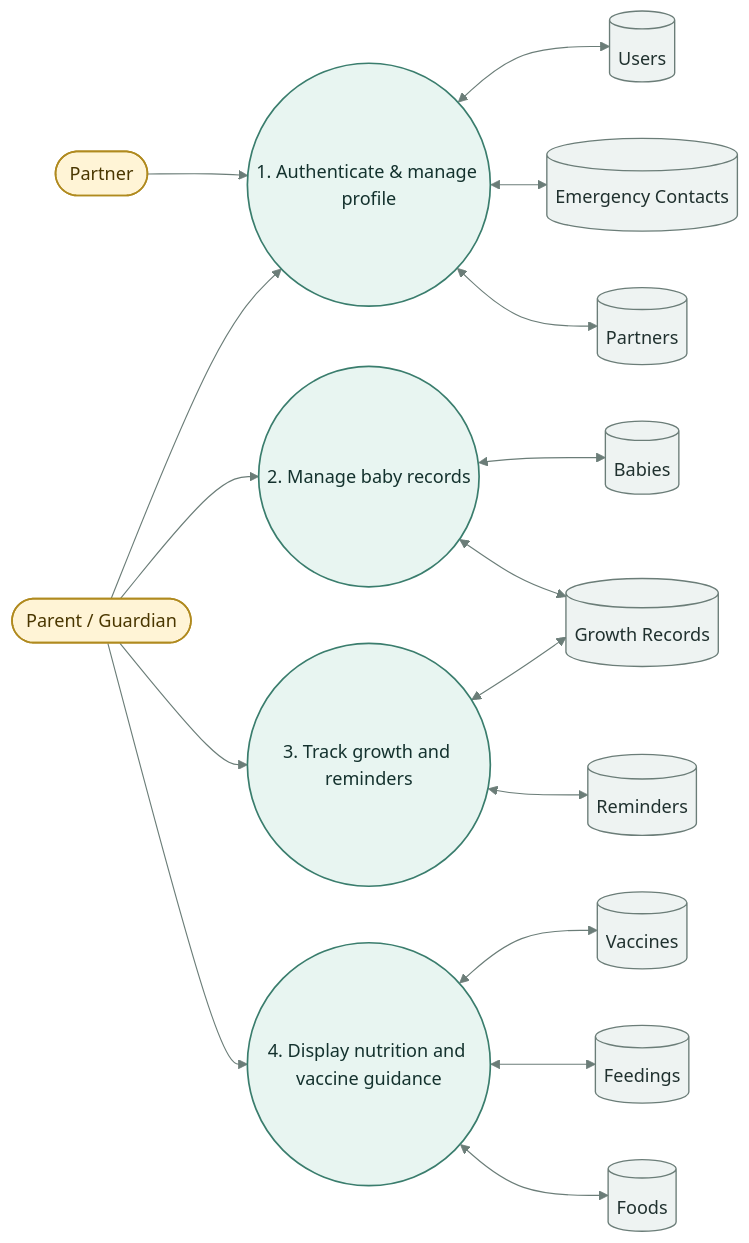
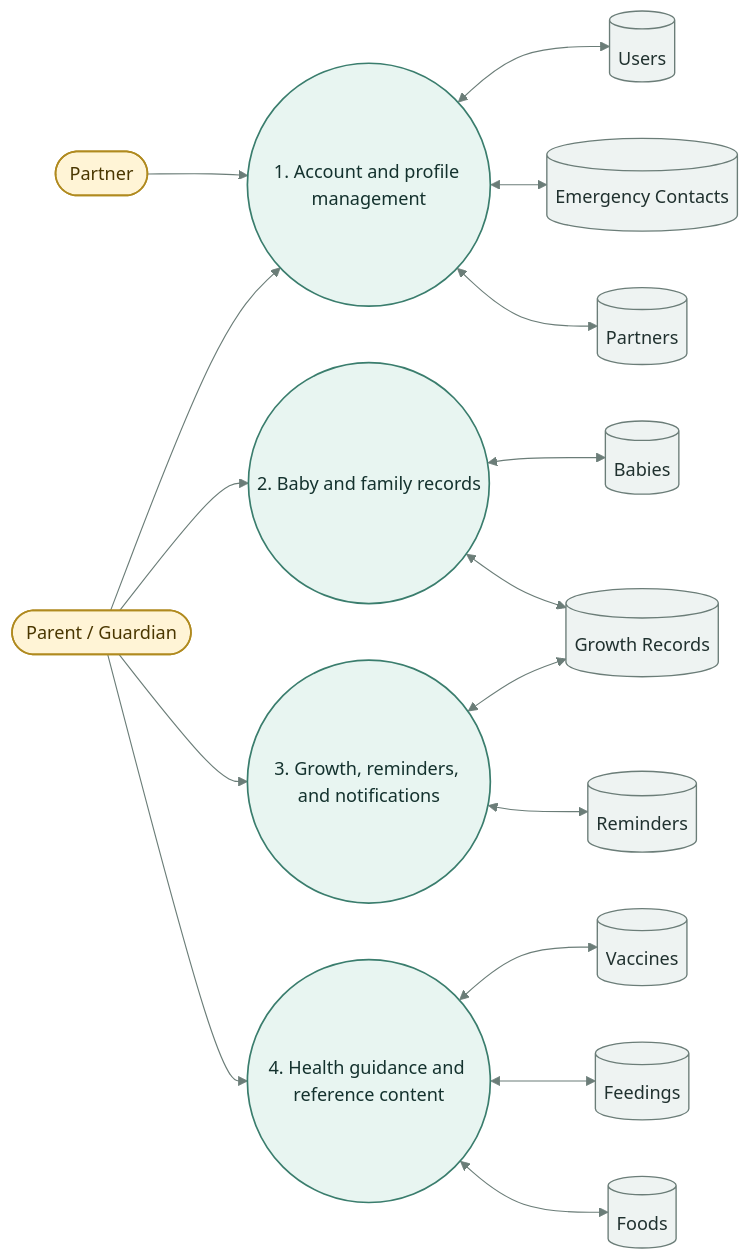
One commit to cookie-here/NutriTrack changed the fifth of 7 diagrams in diagram.md. Above: the diagram before and after it, drawn with Mermaid. The commit also changed other lines of this file, not shown here.

````diff
--- a/diagram.md
+++ b/diagram.md
@@ -251,62 +286,62 @@
 ```mermaid
 %%{init: {
   "theme": "base",
   "themeVariables": {
     "fontFamily": "Inter, Segoe UI, Arial, sans-serif",
     "primaryColor": "#E8F5F1",
     "primaryTextColor": "#14322E",
     "primaryBorderColor": "#3A7D6D",
     "lineColor": "#6B7D78",
     "secondaryColor": "#FFF4D6",
     "tertiaryColor": "#F7FAF9",
     "background": "transparent"
   },
   "flowchart": { "curve": "basis" }
 }}%%
 flowchart LR
   Parent([Parent / Guardian])
   Partner([Partner])
 
-  P1((1. Authenticate & manage profile))
-  P2((2. Manage baby records))
-  P3((3. Track growth and reminders))
-  P4((4. Display nutrition and vaccine guidance))
+  P1((1. Account and profile management))
+  P2((2. Baby and family records))
+  P3((3. Growth, reminders, and notifications))
+  P4((4. Health guidance and reference content))
 
   D1[(Users)]
   D2[(Babies)]
   D3[(Growth Records)]
   D4[(Reminders)]
   D5[(Emergency Contacts)]
   D6[(Partners)]
   D7[(Vaccines)]
   D8[(Feedings)]
   D9[(Foods)]
 
   Parent --> P1
   Parent --> P2
   Parent --> P3
   Parent --> P4
   Partner --> P1
 
   P1 <--> D1
   P1 <--> D5
   P1 <--> D6
 
   P2 <--> D2
   P2 <--> D3
 
   P3 <--> D3
   P3 <--> D4
 
   P4 <--> D7
   P4 <--> D8
   P4 <--> D9
 
   classDef actor fill:#FFF4D6,stroke:#B08A1F,color:#4A3700,stroke-width:1.5px;
   classDef process fill:#E8F5F1,stroke:#3A7D6D,color:#14322E,stroke-width:1.5px;
   classDef store fill:#EEF3F2,stroke:#6B7D78,color:#20312F,stroke-width:1.2px;
 
   class Parent,Partner actor;
   class P1,P2,P3,P4 process;
   class D1,D2,D3,D4,D5,D6,D7,D8,D9 store;
 ```
````
